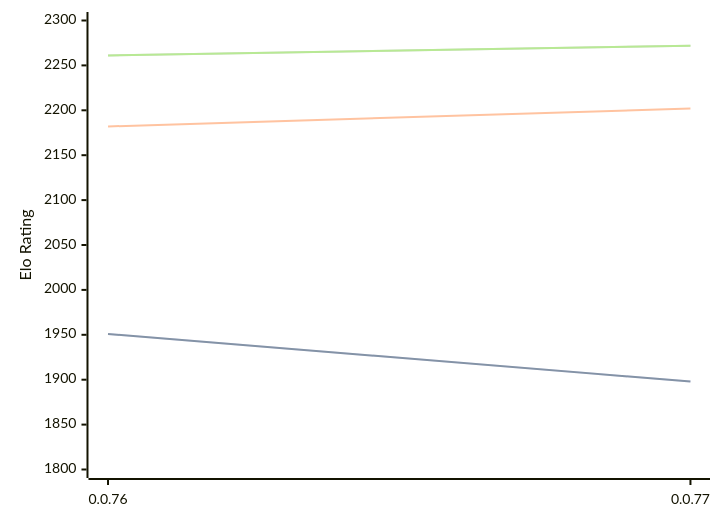
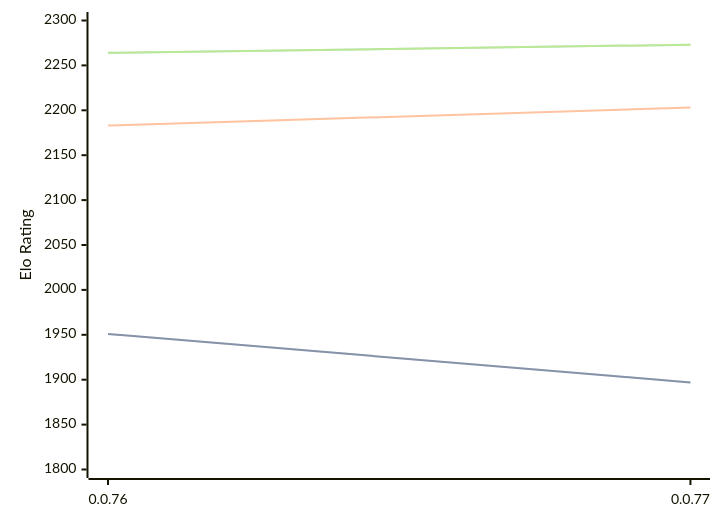
Before and after one commit to computer-chess-index/cci: the diagram in engines/Fktb.md, drawn with Mermaid. The commit also changed other lines of this file, not shown here.

Commit message:
Update CCI Ratings (ELO VLTC) - 2026-05-16

````diff
--- a/engines/Fktb.md
+++ b/engines/Fktb.md
@@ -32,11 +32,11 @@
 ```mermaid
 %%{init: {"theme":"base","themeVariables":{"seriesColors:['#a3a3a3','#222221','#faa371']}}}%%
 xychart-beta
   x-axis ["0.0.76", "0.0.77"]
   y-axis "Elo Rating" 1800 --> 2300
-  line "STC (8.0+0.08s)" [1951, 1898]
-  line "STC (8.0+0.08s)" [1951, 1898]
-  line "LTC (60.0+0.60s)" [2182, 2202]
-  line "VLTC (2m24s+1.12s)" [2261, 2272]
-  line "VLTC (2m24s+1.12s)" [2261, 2272]
+  line "STC (8.0+0.08s)" [1951, 1897]
+  line "STC (8.0+0.08s)" [1951, 1897]
+  line "LTC (60.0+0.60s)" [2183, 2203]
+  line "VLTC (2m24s+1.12s)" [2264, 2273]
+  line "VLTC (2m24s+1.12s)" [2264, 2273]
 ```
````
